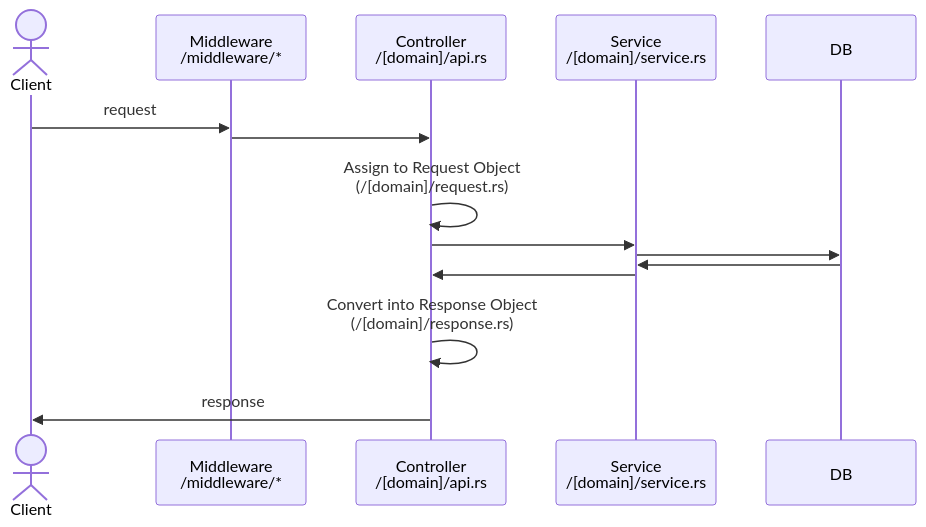
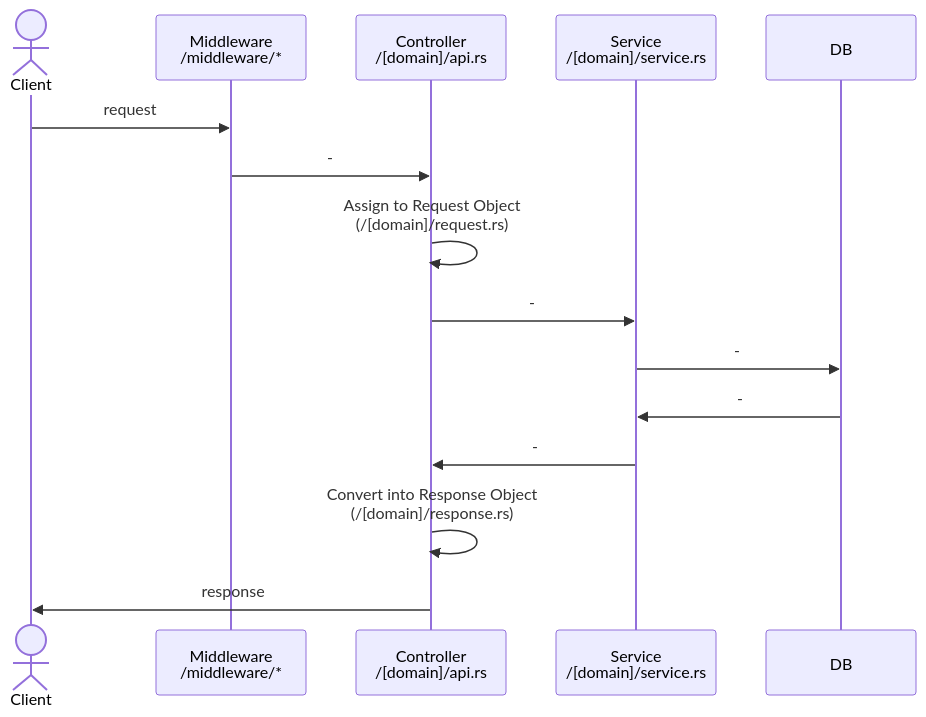
One commit to snamiki1212/realworld-v1-rust-actix-web-diesel changed the diagram in README.md. Above: the diagram before and after it, drawn with Mermaid. The commit also changed other lines of this file, not shown here.

````diff
--- a/README.md
+++ b/README.md
@@ -24,19 +41,19 @@
 ```mermaid
 sequenceDiagram
   actor Client
   participant Middleware as Middleware<br>/middleware/*
   participant Controller as Controller<br>/[domain]/api.rs
   participant Service as Service<br>/[domain]/service.rs
   participant DB
 
   Client ->> Middleware: request
-  Middleware ->> Controller: 
+  Middleware ->> Controller: -
   Controller ->> Controller: Assign to Request Object<br>(/[domain]/request.rs)
-  Controller ->> Service: 
-  Service ->> DB: 
+  Controller ->> Service: -
+  Service ->> DB: -
 
-  DB ->> Service: 
-  Service ->> Controller: 
+  DB ->> Service: -
+  Service ->> Controller: -
   Controller ->> Controller: Convert into Response Object<br>(/[domain]/response.rs)
   Controller ->> Client: response
 ```
````
